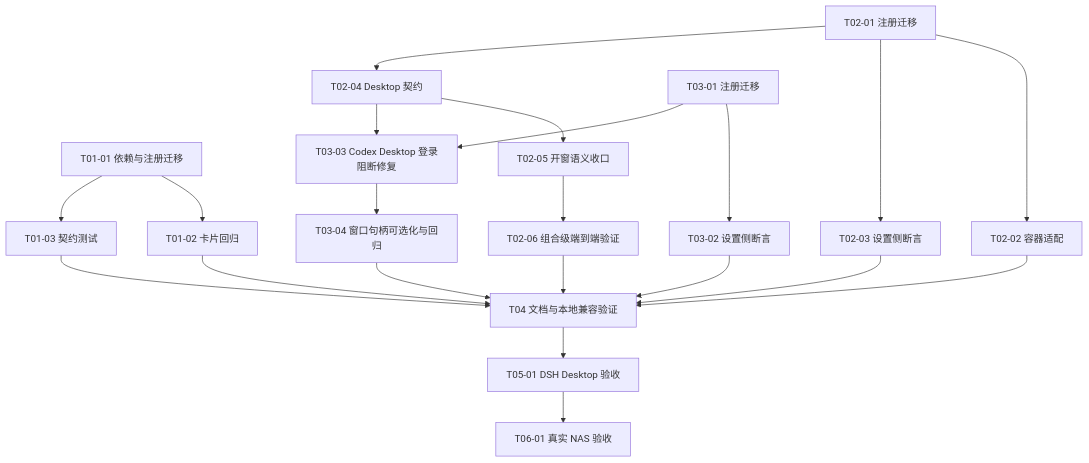
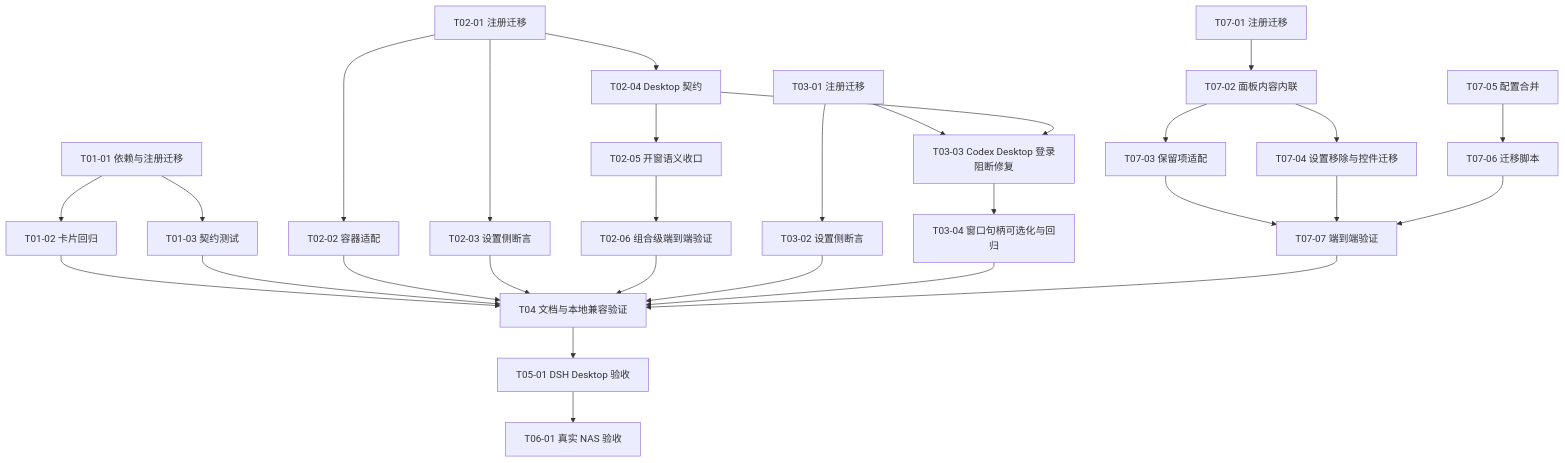
Before and after one commit to FNOSP/fnos-dsh: the third of 3 diagrams in docs/plans/PLAN-FNOS-008-plugin-config-in-plugin-manager.md, drawn with Mermaid. The commit also changed other lines of this file and 12 other files, not shown here.

````diff
--- a/docs/plans/PLAN-FNOS-008-plugin-config-in-plugin-manager.md
+++ b/docs/plans/PLAN-FNOS-008-plugin-config-in-plugin-manager.md
@@ -228,23 +240,31 @@
 ```mermaid
 flowchart TD
     T01a[T01-01 依赖与注册迁移] --> T01b[T01-02 卡片回归]
     T01a --> T01c[T01-03 契约测试]
     T02a[T02-01 注册迁移] --> T02b[T02-02 容器适配]
     T02a --> T02c[T02-03 设置侧断言]
     T02a --> T02d[T02-04 Desktop 契约]
     T02d --> T02e[T02-05 开窗语义收口]
     T02e --> T02f[T02-06 组合级端到端验证]
     T03a[T03-01 注册迁移] --> T03b[T03-02 设置侧断言]
     T03a --> T03c[T03-03 Codex Desktop 登录阻断修复]
     T02d --> T03c
     T03c --> T03d[T03-04 窗口句柄可选化与回归]
+    T07a[T07-01 注册迁移] --> T07b[T07-02 面板内容内联]
+    T07b --> T07c[T07-03 保留项适配]
+    T07b --> T07d[T07-04 设置移除与控件迁移]
+    T07e[T07-05 配置合并] --> T07f[T07-06 迁移脚本]
+    T07c --> T07g[T07-07 端到端验证]
+    T07d --> T07g
+    T07f --> T07g
     T01b --> T04[T04 文档与本地兼容验证]
     T01c --> T04
     T02b --> T04
     T02c --> T04
     T02f --> T04
     T03b --> T04
     T03d --> T04
+    T07g --> T04
     T04 --> T05[T05-01 DSH Desktop 验收]
     T05 --> T06[T06-01 真实 NAS 验收]
 ```
````
